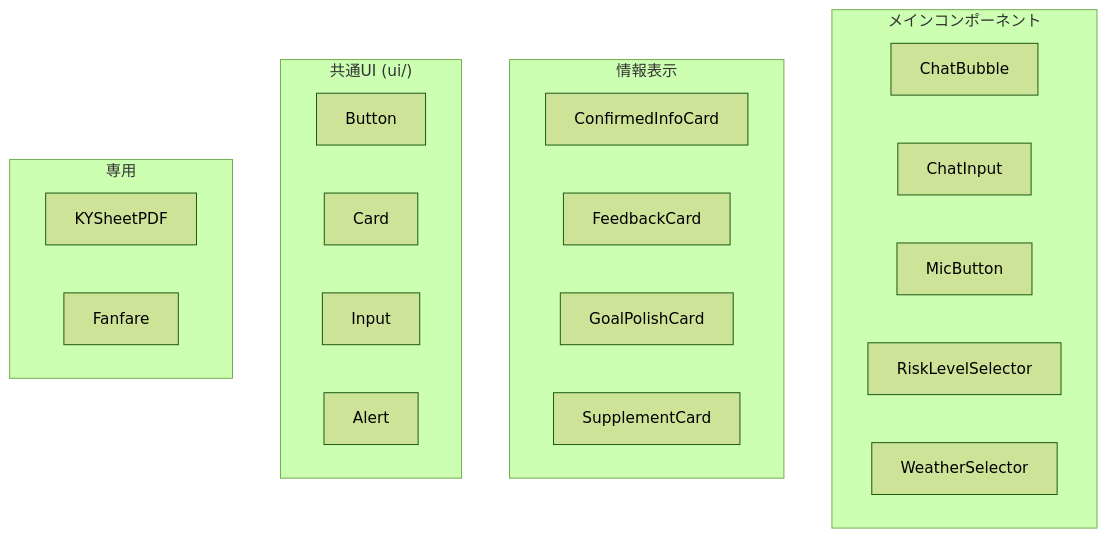
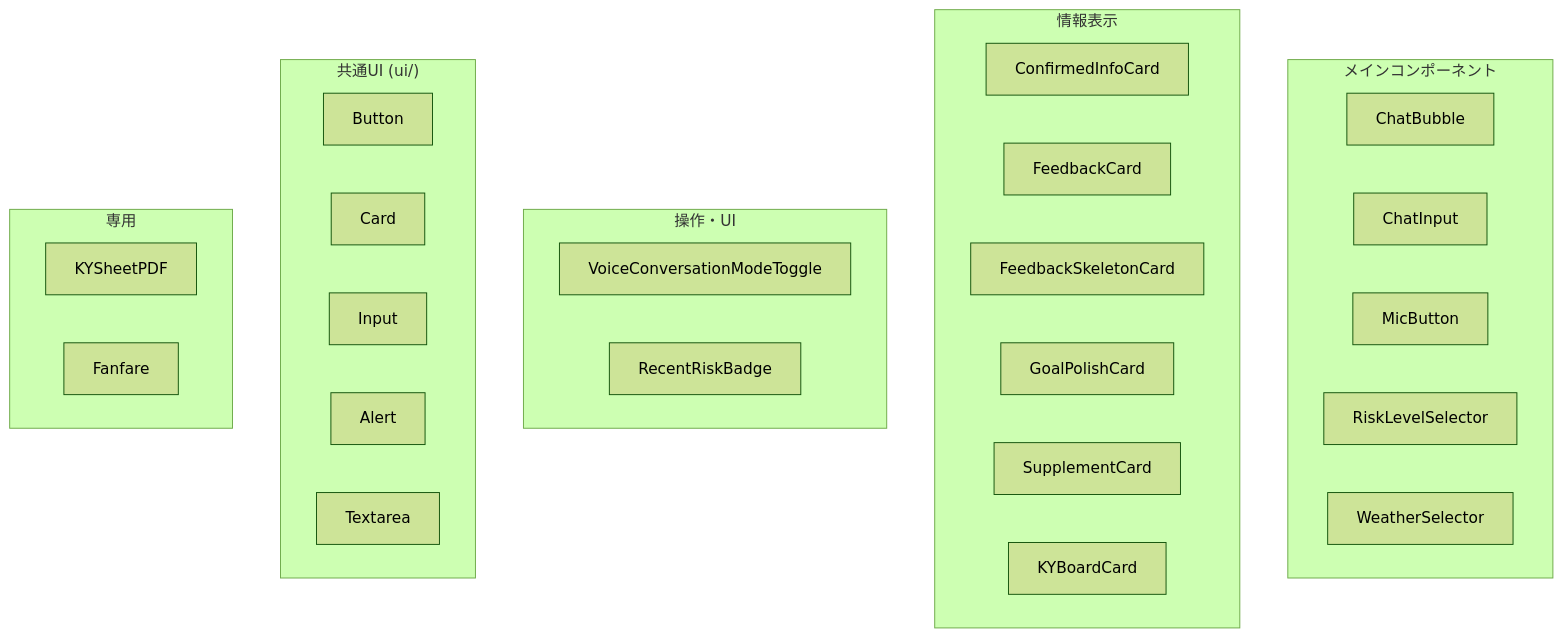
One commit to Ibar-Aki/solar-aldrin changed the third of 16 diagrams in apps/v2-modern/docs/00_overview/00_Master_Technical_Reference.md. Above: the diagram before and after it, drawn with Mermaid (forest theme). The commit also changed other lines of this file and 5 other files, not shown here.

````diff
--- a/apps/v2-modern/docs/00_overview/00_Master_Technical_Reference.md
+++ b/apps/v2-modern/docs/00_overview/00_Master_Technical_Reference.md
@@ -218,29 +219,37 @@
 ```mermaid
 graph TB
     subgraph "メインコンポーネント"
         CB[ChatBubble]
         CI[ChatInput]
         MB[MicButton]
         RLS[RiskLevelSelector]
         WS[WeatherSelector]
     end
     
     subgraph "情報表示"
         CIC[ConfirmedInfoCard]
         FC[FeedbackCard]
+        FSC[FeedbackSkeletonCard]
         GPC[GoalPolishCard]
         SC[SupplementCard]
+        KBC[KYBoardCard]
+    end
+    
+    subgraph "操作・UI"
+        VCMT[VoiceConversationModeToggle]
+        RRB[RecentRiskBadge]
     end
     
     subgraph "共通UI (ui/)"
         BTN[Button]
         CARD[Card]
         INPUT[Input]
         ALERT[Alert]
+        TA[Textarea]
     end
     
     subgraph "専用"
         PDF[KYSheetPDF]
         FAN[Fanfare]
     end
 ```
````
